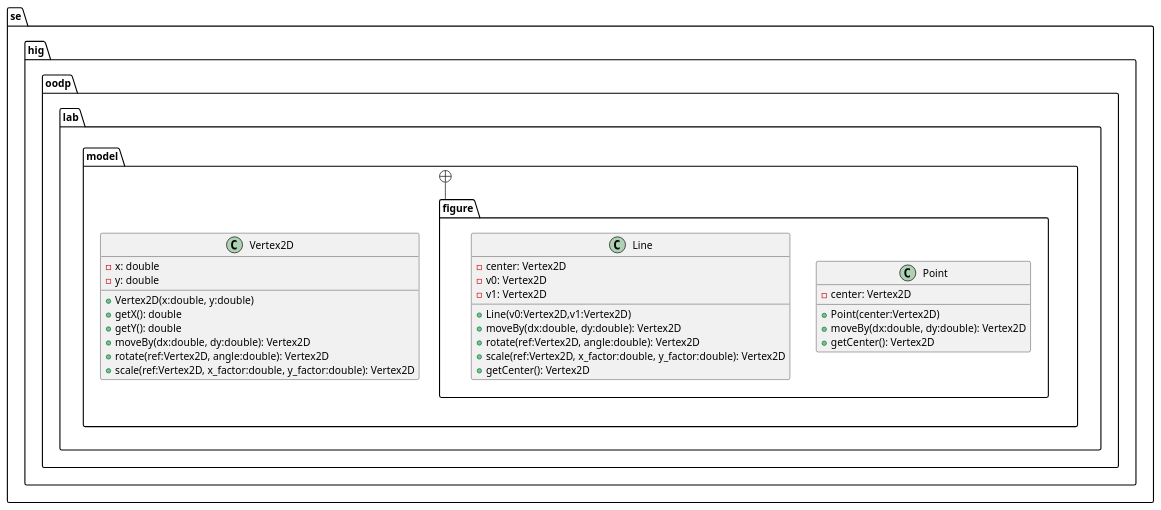
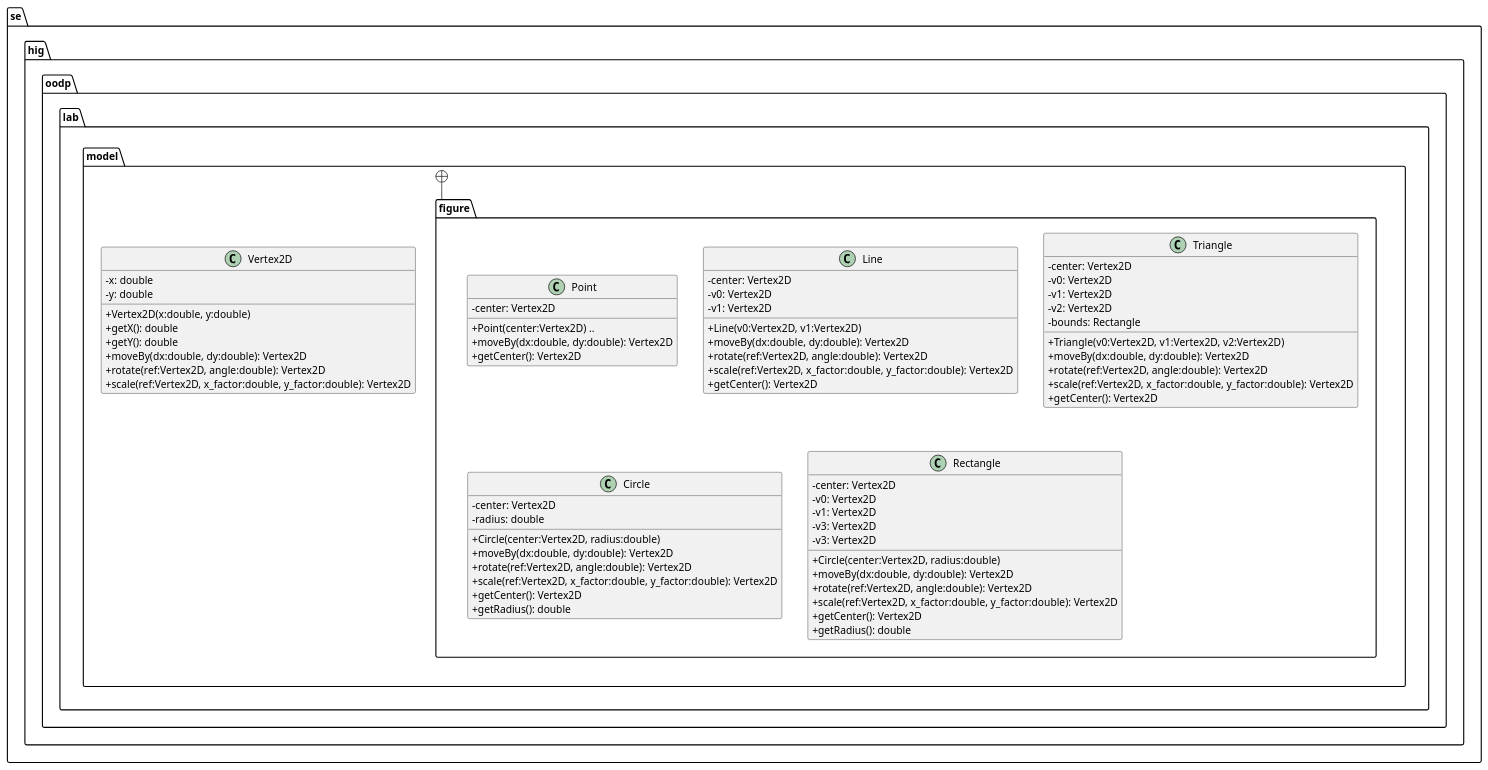
One commit to jonasjberg/DVG303_lab2 changed the diagram in diagram/uppgift1.puml. Above: the diagram before and after it, drawn with PlantUML.

Commit message:
Update UML diagram.

```diff
--- a/diagram/uppgift1.puml
+++ b/diagram/uppgift1.puml
@@ -1,56 +1,100 @@
 @startuml
+' ____________________________________________________________________________
+' ____ CONFIGURATION OPTIONS __________________________________________________
 
 skinparam packageStyle folder
 
-'abstract class AbstractList
-'abstract AbstractCollection
-'interface List
-'interface Collection
-'
-'List <|-- AbstractList
-'Collection <|-- AbstractCollection
-'
-'Collection <|- List
-'AbstractCollection <|- AbstractList
-'AbstractList <|-- ArrayList
+' don't use characters to indicate visibility
+skinparam classAttributeIconsize 0
 
+
+' ____________________________________________________________________________
+' ____ CLASS DEFINITIONS ______________________________________________________
 package se.hig.oodp.lab.model {
     class Vertex2D {
         -x: double
         -y: double
         +Vertex2D(x:double, y:double)
         +getX(): double
         +getY(): double
         +moveBy(dx:double, dy:double): Vertex2D
         +rotate(ref:Vertex2D, angle:double): Vertex2D
         +scale(ref:Vertex2D, x_factor:double, y_factor:double): Vertex2D
     }
 }
 
 package se.hig.oodp.lab.model.figure {
     class Point {
         -center: Vertex2D
-        +Point(center:Vertex2D)
+        +Point(center:Vertex2D) ..
         +moveBy(dx:double, dy:double): Vertex2D
         +getCenter(): Vertex2D
     }
 
     class Line {
         -center: Vertex2D
         -v0: Vertex2D
         -v1: Vertex2D
-        +Line(v0:Vertex2D,v1:Vertex2D)
+        +Line(v0:Vertex2D, v1:Vertex2D)
         +moveBy(dx:double, dy:double): Vertex2D
         +rotate(ref:Vertex2D, angle:double): Vertex2D
         +scale(ref:Vertex2D, x_factor:double, y_factor:double): Vertex2D
         +getCenter(): Vertex2D
     }
+
+    class Triangle {
+        -center: Vertex2D
+        -v0: Vertex2D
+        -v1: Vertex2D
+        -v2: Vertex2D
+        -bounds: Rectangle
+
+        +Triangle(v0:Vertex2D, v1:Vertex2D, v2:Vertex2D)
+        +moveBy(dx:double, dy:double): Vertex2D
+        +rotate(ref:Vertex2D, angle:double): Vertex2D
+        +scale(ref:Vertex2D, x_factor:double, y_factor:double): Vertex2D
+        +getCenter(): Vertex2D
+    }
+
+    class Circle {
+        -center: Vertex2D
+        -radius: double
+
+        +Circle(center:Vertex2D, radius:double)
+        +moveBy(dx:double, dy:double): Vertex2D
+        +rotate(ref:Vertex2D, angle:double): Vertex2D
+        +scale(ref:Vertex2D, x_factor:double, y_factor:double): Vertex2D
+        +getCenter(): Vertex2D
+        +getRadius(): double
+    }
+
+    class Rectangle {
+        -center: Vertex2D
+        -v0: Vertex2D
+        -v1: Vertex2D
+        -v3: Vertex2D
+        -v3: Vertex2D
+
+        +Circle(center:Vertex2D, radius:double)
+        +moveBy(dx:double, dy:double): Vertex2D
+        +rotate(ref:Vertex2D, angle:double): Vertex2D
+        +scale(ref:Vertex2D, x_factor:double, y_factor:double): Vertex2D
+        +getCenter(): Vertex2D
+        +getRadius(): double
+    }
 }
 
+
+' ____________________________________________________________________________
+' ____ PACKAGE HIERARCHY _____________________________________________________
 se.hig.oodp.lab.model +-- se.hig.oodp.lab.model.figure
+
+
+' ____________________________________________________________________________
+' ____ RELATIONS BETWEEN CLASSES _____________________________________________
 
 
 
 
 
 @enduml
```
